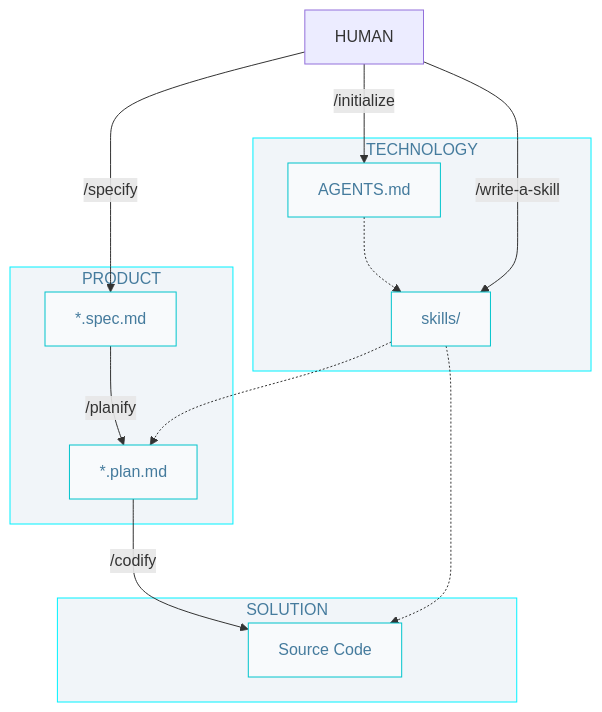
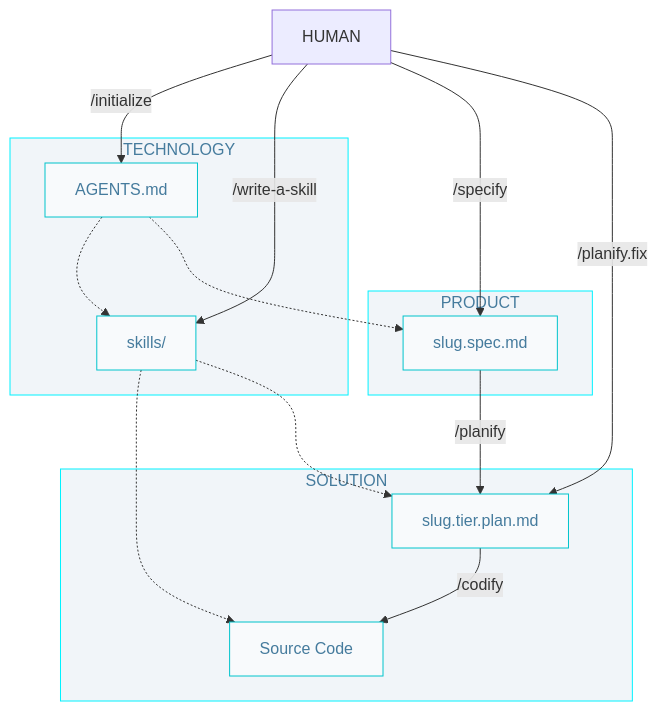
Before and after one commit to AlbertoBasaloLabs/programacion-inteligente: the diagram in docs/3-0-0-flujo_de_trabajo_basado_en_especificaciones/demo/3-sdd.diagram.md, drawn with Mermaid. The commit also changed other lines of this file and 8 other files, not shown here.

First line of the commit message:
feat: update specifications and diagrams for clarity and consistency

````diff
--- a/docs/3-0-0-flujo_de_trabajo_basado_en_especificaciones/demo/3-sdd.diagram.md
+++ b/docs/3-0-0-flujo_de_trabajo_basado_en_especificaciones/demo/3-sdd.diagram.md
@@ -3,32 +3,34 @@
 ```mermaid
 flowchart TD
   classDef nd fill:#f8fafc,stroke:#00c4cc,color:#457b9d
   classDef sg fill:#f1f5f9,stroke:#00f2ff,color:#457b9d 
 
   HUM[HUMAN]
 
   subgraph P["PRODUCT"]
-      SPC["*.spec.md"]:::nd
-      PLN["*.plan.md"]:::nd
+      SPC["slug.spec.md"]:::nd
   end
 
   subgraph T["TECHNOLOGY"]
       AGT["AGENTS.md"]:::nd
       SKL["skills/"]:::nd
-      AGT -.-> SKL
   end  
 
   subgraph S["SOLUTION"]
+      PLN["slug.tier.plan.md"]:::nd
       COD[Source Code]:::nd
   end
 
   HUM -->|/initialize| AGT
   HUM -->|/write-a-skill| SKL
   HUM -->|/specify| SPC
+  HUM -->|/planify.fix| PLN
+  AGT -.-> SKL
+  AGT -.-> SPC
+  SKL -.-> COD  
+  SKL -.-> PLN
   SPC -->|/planify| PLN
   PLN -->|/codify| COD
-  SKL -.-> COD  
-  SKL -.-> PLN
 
   class P,T,S sg
 ```
````
